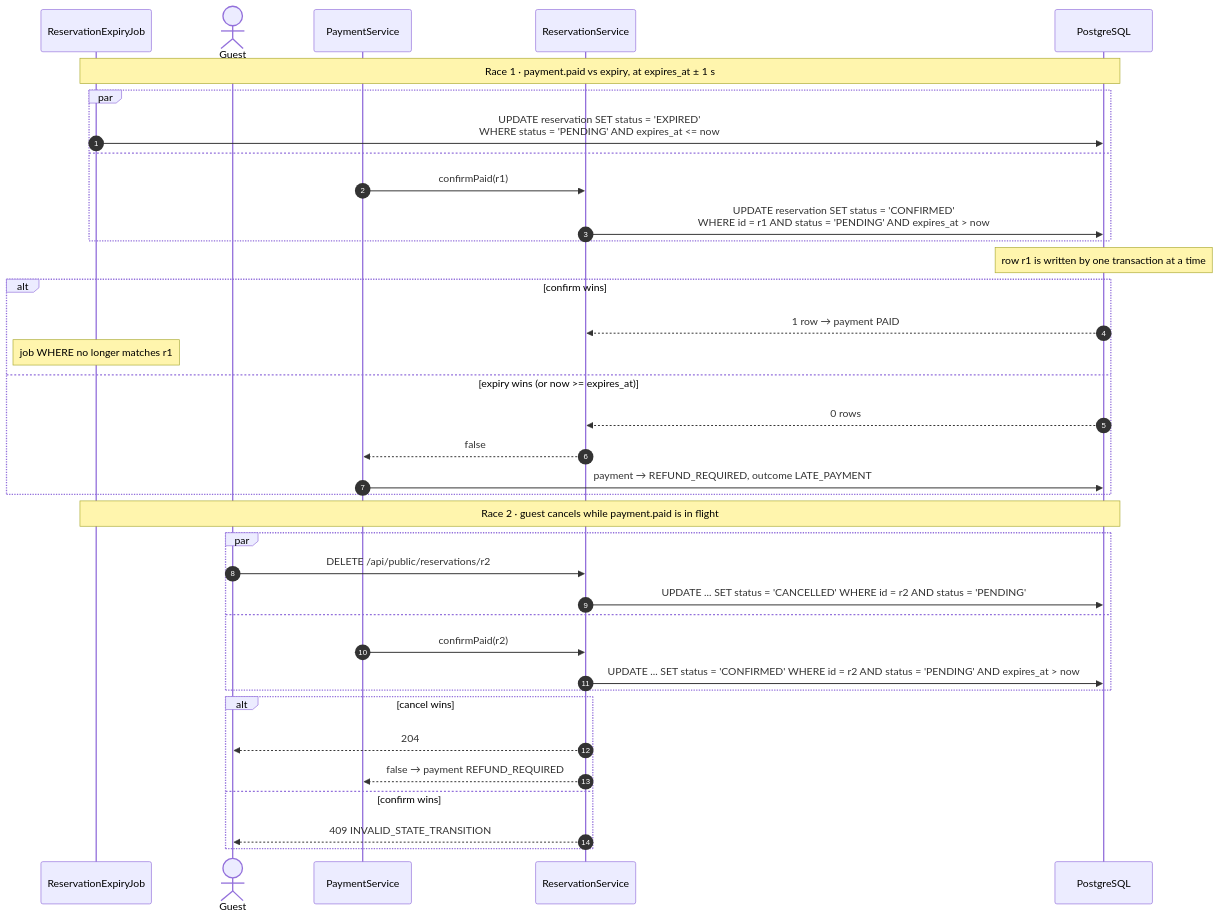
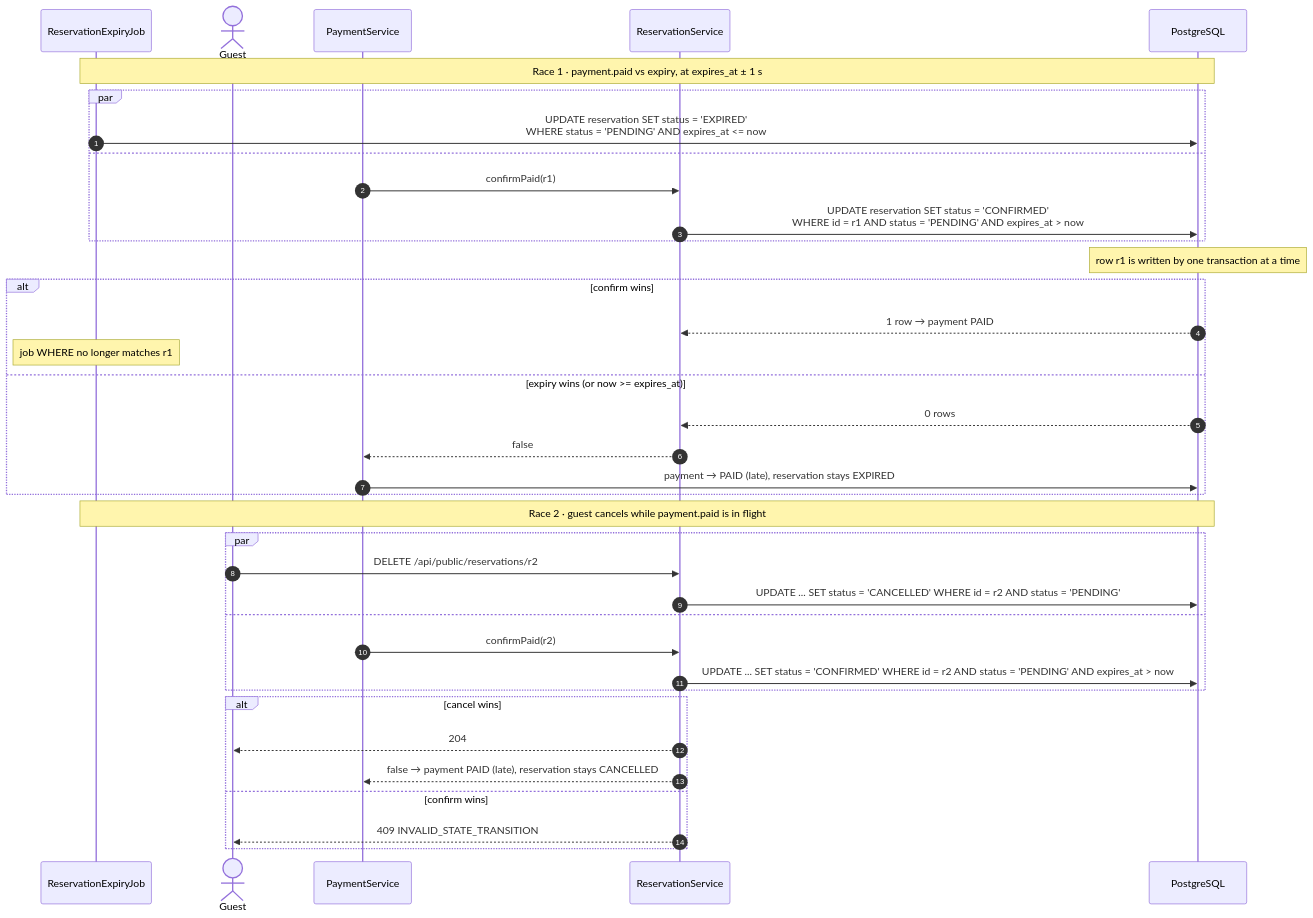
One commit to mpdrao/cotai changed the ninth of 9 diagrams in docs/design/design-spec.md. Above: the diagram before and after it, drawn with Mermaid. The commit also changed other lines of this file and 32 other files, not shown here.

````diff
--- a/docs/design/design-spec.md
+++ b/docs/design/design-spec.md
@@ -695,41 +667,41 @@
 ```mermaid
 sequenceDiagram
   autonumber
   participant J as ReservationExpiryJob
   actor G as Guest
   participant PS as PaymentService
   participant RS as ReservationService
   participant DB as PostgreSQL
 
   Note over J,DB: Race 1 · payment.paid vs expiry, at expires_at ± 1 s
   par
     J->>DB: UPDATE reservation SET status = 'EXPIRED'<br/>WHERE status = 'PENDING' AND expires_at <= now
   and
     PS->>RS: confirmPaid(r1)
     RS->>DB: UPDATE reservation SET status = 'CONFIRMED'<br/>WHERE id = r1 AND status = 'PENDING' AND expires_at > now
   end
   Note over DB: row r1 is written by one transaction at a time
   alt confirm wins
     DB-->>RS: 1 row → payment PAID
     Note over J: job WHERE no longer matches r1
   else expiry wins (or now >= expires_at)
     DB-->>RS: 0 rows
     RS-->>PS: false
-    PS->>DB: payment → REFUND_REQUIRED, outcome LATE_PAYMENT
+    PS->>DB: payment → PAID (late), reservation stays EXPIRED
   end
 
   Note over J,DB: Race 2 · guest cancels while payment.paid is in flight
   par
     G->>RS: DELETE /api/public/reservations/r2
     RS->>DB: UPDATE ... SET status = 'CANCELLED' WHERE id = r2 AND status = 'PENDING'
   and
     PS->>RS: confirmPaid(r2)
     RS->>DB: UPDATE ... SET status = 'CONFIRMED' WHERE id = r2 AND status = 'PENDING' AND expires_at > now
   end
   alt cancel wins
     RS-->>G: 204
-    RS-->>PS: false → payment REFUND_REQUIRED
+    RS-->>PS: false → payment PAID (late), reservation stays CANCELLED
   else confirm wins
     RS-->>G: 409 INVALID_STATE_TRANSITION
   end
 ```
````
